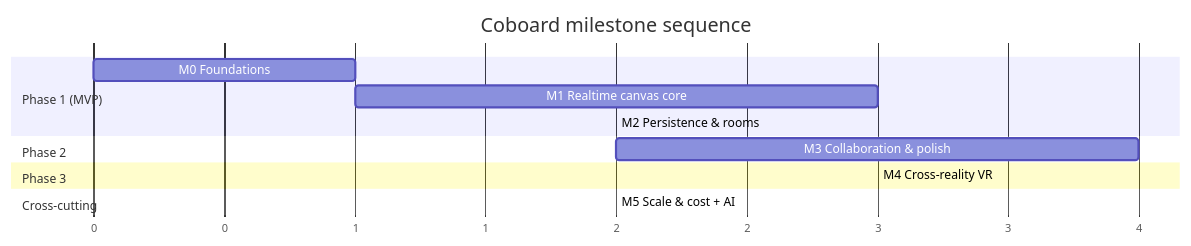
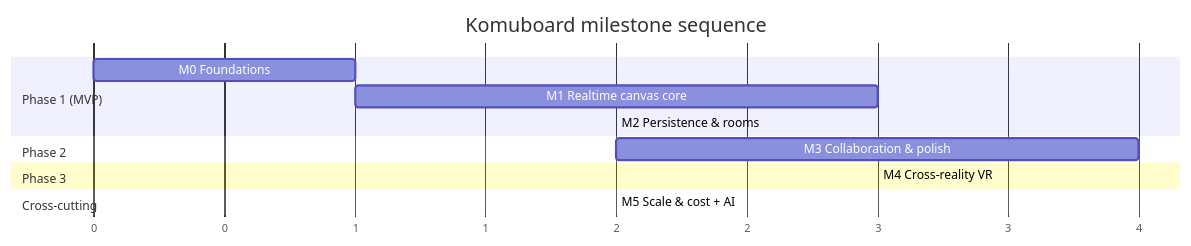
Before and after one commit to donth77/komuboard: the first of 2 diagrams in docs/06-implementation-roadmap.md, drawn with Mermaid. The commit also changed other lines of this file and 71 other files, not shown here.

First line of the commit message:
refactor: rebrand coboard → komuboard (names, identifiers, display, test hook)

````diff
--- a/docs/06-implementation-roadmap.md
+++ b/docs/06-implementation-roadmap.md
@@ -22,16 +22,16 @@
 ```mermaid
 gantt
-    title Coboard milestone sequence
+    title Komuboard milestone sequence
     dateFormat  X
     axisFormat %s
     section Phase 1 (MVP)
     M0 Foundations            :m0, 0, 1
     M1 Realtime canvas core   :m1, after m0, 3
     M2 Persistence & rooms    :m2, after m1, 2
     section Phase 2
     M3 Collaboration & polish :m3, after m2, 4
     section Phase 3
     M4 Cross-reality VR       :m4, after m3, 3
     section Cross-cutting
     M5 Scale & cost + AI      :m5, after m4, 2
 ```
````
